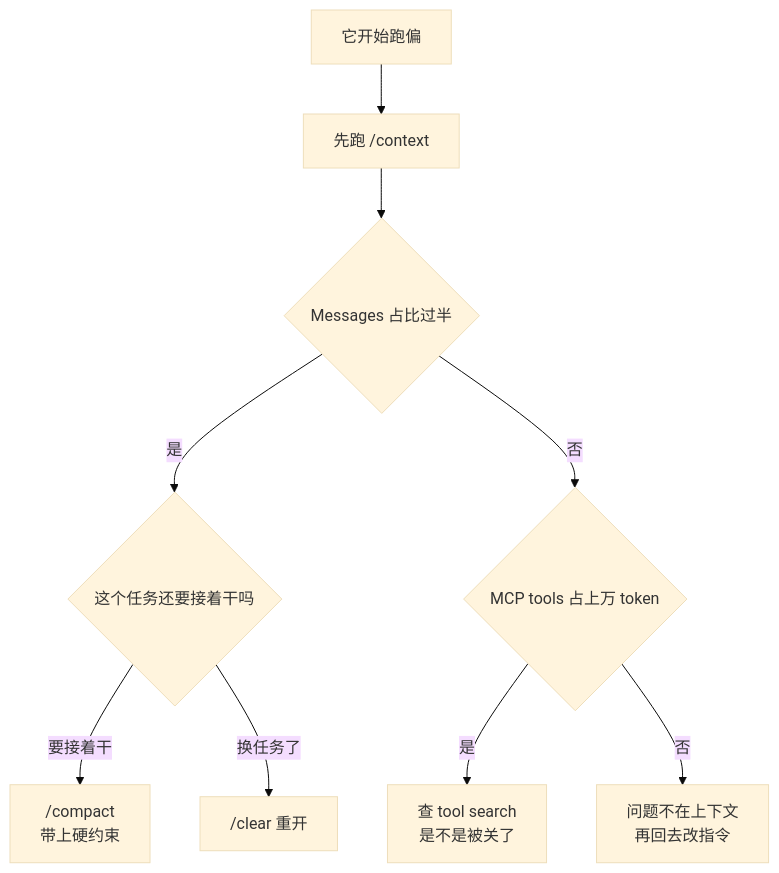
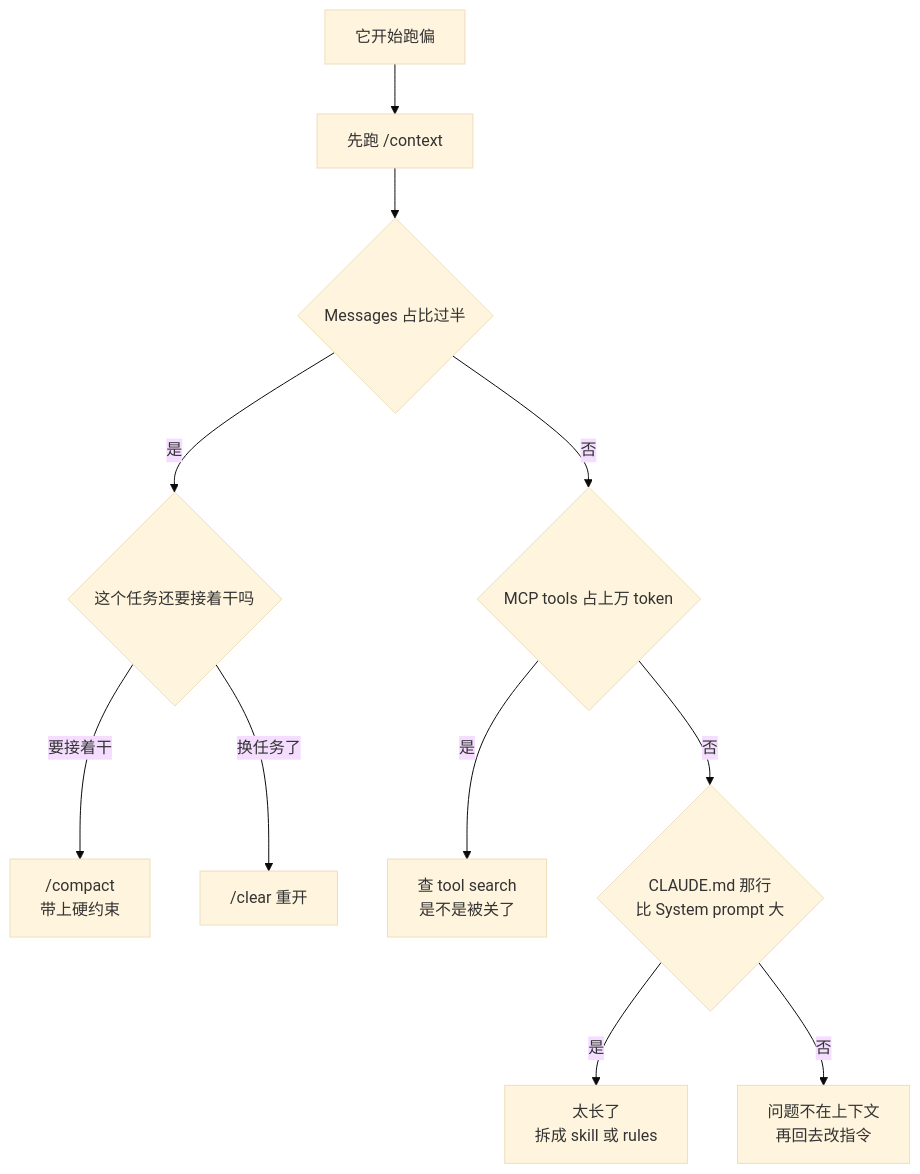
One commit to BigKunLun/AI-Coding-Playbook changed the diagram in 02-上下文工程/011-上下文工程与提示词工程.md. Above: the diagram before and after it, drawn with Mermaid (base theme). The commit also changed other lines of this file and 41 other files, not shown here.

First line of the commit message:
docs: 全库 40 篇 mermaid 补一句话图注，配图规范落地并进校验脚本

````diff
--- a/02-上下文工程/011-上下文工程与提示词工程.md
+++ b/02-上下文工程/011-上下文工程与提示词工程.md
@@ -15,11 +15,13 @@
 ```mermaid
 flowchart TD
     A[它开始跑偏] --> B["先跑 /context"]
     B --> C{Messages 占比过半}
     C -->|是| D{这个任务还要接着干吗}
     C -->|否| E{MCP tools 占上万 token}
     D -->|要接着干| F["/compact<br/>带上硬约束"]
     D -->|换任务了| G["/clear 重开"]
     E -->|是| H[查 tool search<br/>是不是被关了]
-    E -->|否| I[问题不在上下文<br/>再回去改指令]
+    E -->|否| K{CLAUDE.md 那行<br/>比 System prompt 大}
+    K -->|是| L[太长了<br/>拆成 skill 或 rules]
+    K -->|否| I[问题不在上下文<br/>再回去改指令]
 ```
````
